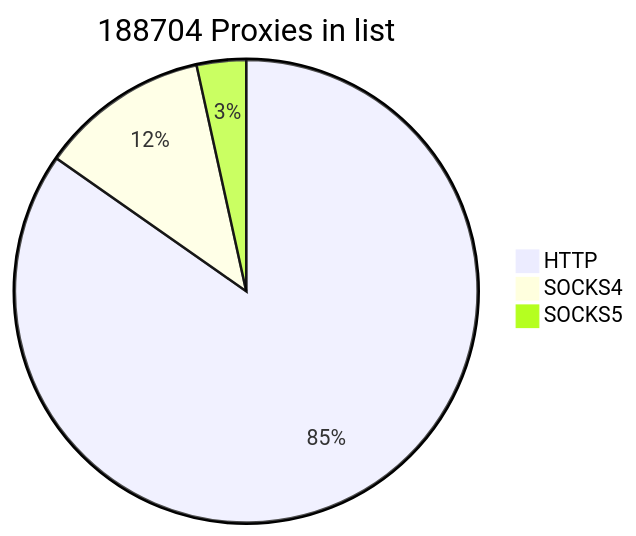
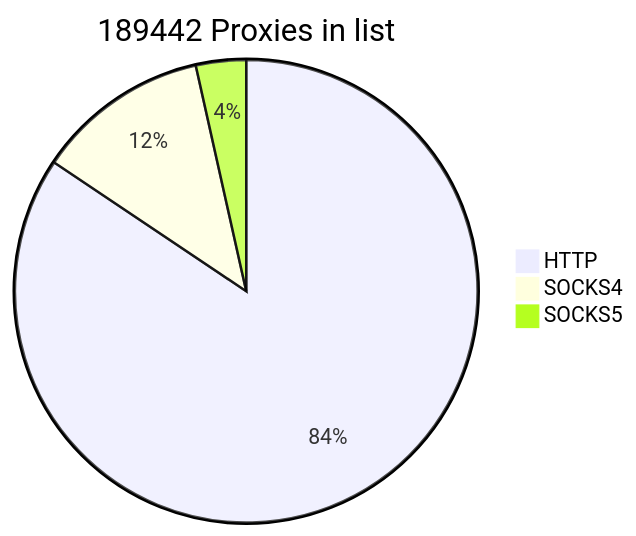
Before and after one commit to cutipu/proxylist: the first of 2 diagrams in README.md, drawn with Mermaid. The commit also changed other lines of this file, not shown here.

````diff
--- a/README.md
+++ b/README.md
@@ -2,7 +2,7 @@
 ```mermaid
-pie title 188704 Proxies in list
-    "HTTP" : 159876
-    "SOCKS4" : 22328
-    "SOCKS5" : 6500
+pie title 189442 Proxies in list
+    "HTTP" : 159896
+    "SOCKS4" : 22909
+    "SOCKS5" : 6637
             
 ```
````
